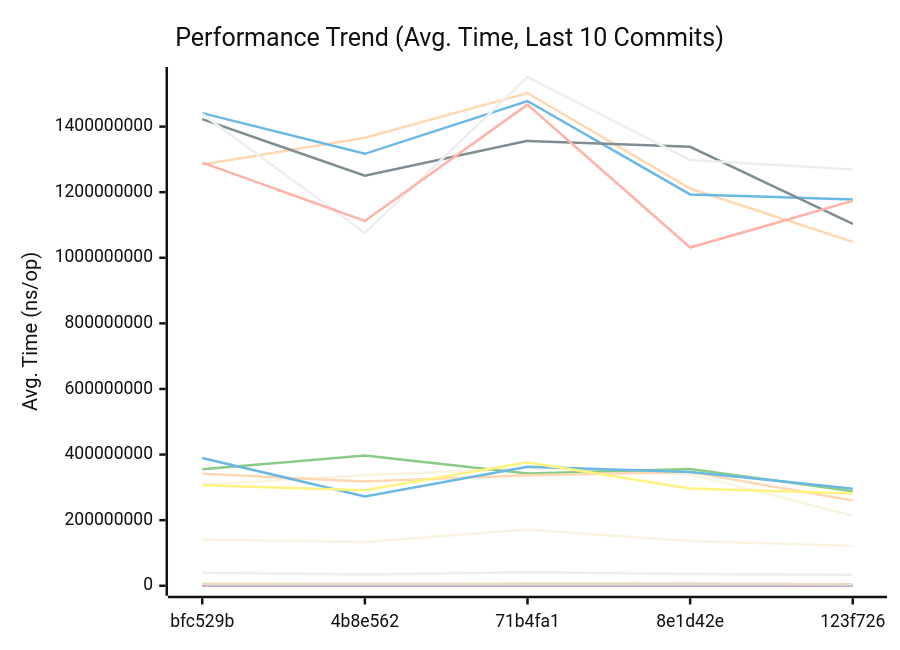
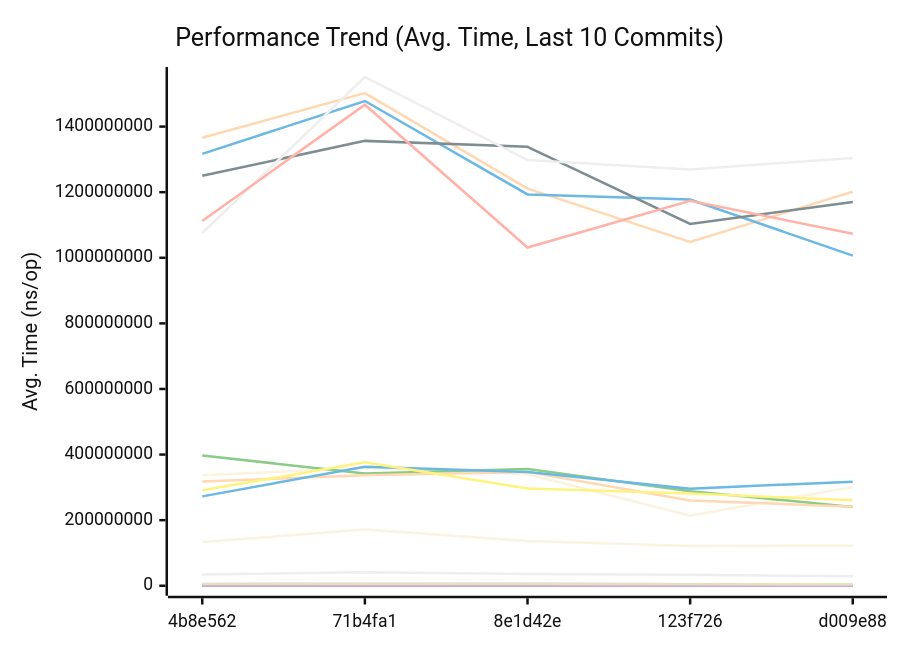
Before and after one commit to alsotoes/momo: the first of 3 diagrams in docs/PERFORMANCE.md, drawn with Mermaid (neutral theme). The commit also changed other lines of this file and 4 other files, not shown here.

````diff
--- a/docs/PERFORMANCE.md
+++ b/docs/PERFORMANCE.md
@@ -260,44 +260,44 @@
 ```mermaid
 xychart-beta
     title "Performance Trend (Avg. Time, Last 10 Commits)"
     x-axis "Commit"
     y-axis "Avg. Time (ns/op)"
-    x-axis [bfc529b,4b8e562,71b4fa1,8e1d42e,123f726]
-    line "AWSChunkedReaderSigned" [721946,582789,741042,596016,541759,554800,615254,528737,564386,758672]
-    line "AWSChunkedReaderUnsigned" [695362,580668,721611,624951,521049,581740,507516,587797,593238,672192]
-    line "CheckMetricsAndSwap" [14,9,14,13,11,12,11,10,13,15]
-    line "CrushOptimized" [532,484,492,487,522,363,426,455,372,348]
-    line "CrushOriginal" [715,641,734,697,658,647,700,629,670,500]
-    line "FormatListObjectsV2XML_AppendFormat" [1080271,993577,1117129,928365,977381,898486,862695,851540,926975,915187]
-    line "FormatListObjectsV2XML_OldFormat" [671030,530555,661534,521514,565611,503389,497195,517753,571332,678624]
-    line "HashBytes/1MiB" [3995457,4596495,5621676,4965423,4315588,3618889,5475294,4458201,5002278,3553145]
-    line "HashBytes/256MiB" [1284091050,1365990323,1502178110,1211052717,1048575116,1201286487,897333718,1207294588,1184745180,1044551719]
-    line "HashBytes/64MiB" [308162718,336895373,359262045,339981640,213869807,301162837,301221390,345018440,277796866,225326458]
-    line "HashFile/1MiB" [5430358,4960660,5725417,5039192,3960989,4760647,3647035,4734519,4310666,4389479]
-    line "HashFile/256MiB" [1441073207,1316970291,1477907273,1193078064,1177833636,1006415705,1110450496,1224080744,1231037862,1035601414]
-    line "HashFile/64MiB" [355303054,397283922,342325433,356293580,288277413,240359009,275852870,300686574,287252666,248823362]
-    line "IndexDirectTracking" [1,1,1,0,0,0,0,1,1,1]
-    line "IndexSearch" [3,2,3,2,2,2,2,2,2,3]
-    line "LastModifiedHeader_AppendFormat" [0,273,377,411,306,291,280,241,335,327]
-    line "LastModifiedHeader_Format" [0,359,474,418,381,345,360,407,375,540]
-    line "LoadGlobalConfig" [16787,14343,16534,15639,12955,12190,11396,14415,13002,10458]
-    line "LocalWrite/1MiB" [627788,515217,653242,620492,558337,524282,489792,546231,429345,817681]
-    line "LocalWrite/256MiB" [141240477,133129249,171131397,136595670,121311016,122106179,129421555,120328176,124110973,158044809]
-    line "LocalWrite/64MiB" [39561620,34587683,41271450,35901035,33613673,28590856,29289820,30438473,30969681,34833751]
-    line "PadString" [97,85,78,64,59,66,60,55,62,58]
+    x-axis [4b8e562,71b4fa1,8e1d42e,123f726,d009e88]
+    line "AWSChunkedReaderSigned" [582789,741042,596016,541759,554800,615254,528737,564386,758672,413086]
+    line "AWSChunkedReaderUnsigned" [580668,721611,624951,521049,581740,507516,587797,593238,672192,414070]
+    line "CheckMetricsAndSwap" [9,14,13,11,12,11,10,13,15,8]
+    line "CrushOptimized" [484,492,487,522,363,426,455,372,348,300]
+    line "CrushOriginal" [641,734,697,658,647,700,629,670,500,425]
+    line "FormatListObjectsV2XML_AppendFormat" [993577,1117129,928365,977381,898486,862695,851540,926975,915187,583023]
+    line "FormatListObjectsV2XML_OldFormat" [530555,661534,521514,565611,503389,497195,517753,571332,678624,365879]
+    line "HashBytes/1MiB" [4596495,5621676,4965423,4315588,3618889,5475294,4458201,5002278,3553145,3949669]
+    line "HashBytes/256MiB" [1365990323,1502178110,1211052717,1048575116,1201286487,897333718,1207294588,1184745180,1044551719,953557308]
+    line "HashBytes/64MiB" [336895373,359262045,339981640,213869807,301162837,301221390,345018440,277796866,225326458,239330627]
+    line "HashFile/1MiB" [4960660,5725417,5039192,3960989,4760647,3647035,4734519,4310666,4389479,3364281]
+    line "HashFile/256MiB" [1316970291,1477907273,1193078064,1177833636,1006415705,1110450496,1224080744,1231037862,1035601414,793044431]
+    line "HashFile/64MiB" [397283922,342325433,356293580,288277413,240359009,275852870,300686574,287252666,248823362,200009250]
+    line "IndexDirectTracking" [1,1,0,0,0,0,1,1,1,0]
+    line "IndexSearch" [2,3,2,2,2,2,2,2,3,2]
+    line "LastModifiedHeader_AppendFormat" [273,377,411,306,291,280,241,335,327,200]
+    line "LastModifiedHeader_Format" [359,474,418,381,345,360,407,375,540,279]
+    line "LoadGlobalConfig" [14343,16534,15639,12955,12190,11396,14415,13002,10458,9205]
+    line "LocalWrite/1MiB" [515217,653242,620492,558337,524282,489792,546231,429345,817681,719361]
+    line "LocalWrite/256MiB" [133129249,171131397,136595670,121311016,122106179,129421555,120328176,124110973,158044809,120298309]
+    line "LocalWrite/64MiB" [34587683,41271450,35901035,33613673,28590856,29289820,30438473,30969681,34833751,27951923]
+    line "PadString" [85,78,64,59,66,60,55,62,58,41]
     line "ParseReplicationOrder_NoPrealloc" [350,349,357,354,345,225,229,165,232,234]
     line "ParseReplicationOrder_Prealloc" [229,231,237,234,229,108,107,80,110,109]
-    line "Placement" [7421,7230,7696,7054,7086,6141,6119,7125,6310,5825]
-    line "PlacementDomainSpread" [8867,7769,8677,7666,6917,6176,5740,6962,6385,6405]
-    line "ReadVerify/1MiB" [5836051,3976066,5316396,4787467,3900770,3383659,5081549,5082713,4903321,6081724]
-    line "ReadVerify/256MiB" [1422892660,1249941171,1356438969,1338425672,1103105249,1170100253,1034709963,1126615995,955370931,1411104961]
-    line "ReadVerify/64MiB" [341875566,317667291,337069645,347180139,259882135,240879749,282446554,308997294,315121783,335838061]
-    line "S3PutSpool/1MiB" [6588614,5572982,6149011,5304842,5592080,5587762,4022819,5065293,4750326,6562486]
-    line "S3PutSpool/256MiB" [1438649885,1075603816,1551204244,1298058993,1269281522,1304442018,1243287804,1504779272,1226604254,1140637754]
-    line "S3PutSpool/64MiB" [389689212,272526470,362667390,347153910,296132654,317372640,355710496,276642924,271159852,378241377]
-    line "SanitizeLog/Safe" [388,301,419,341,309,277,263,246,286,286]
-    line "SanitizeLog/Unsafe" [1274,1021,1210,1000,1005,1021,917,915,1036,1495]
-    line "TrustedRead/1MiB" [5334409,5277115,5559663,5638483,4655498,3708543,3570428,4694929,4495398,3669866]
-    line "TrustedRead/256MiB" [1290238092,1112381854,1466748131,1031346576,1173571296,1073394044,932638111,1071768789,1012880474,1648511504]
-    line "TrustedRead/64MiB" [306360304,291068280,376225072,296255358,281349472,260468873,247394092,261716002,251602823,338500502]
+    line "Placement" [7230,7696,7054,7086,6141,6119,7125,6310,5825,4876]
+    line "PlacementDomainSpread" [7769,8677,7666,6917,6176,5740,6962,6385,6405,5139]
+    line "ReadVerify/1MiB" [3976066,5316396,4787467,3900770,3383659,5081549,5082713,4903321,6081724,3136229]
+    line "ReadVerify/256MiB" [1249941171,1356438969,1338425672,1103105249,1170100253,1034709963,1126615995,955370931,1411104961,1000738329]
+    line "ReadVerify/64MiB" [317667291,337069645,347180139,259882135,240879749,282446554,308997294,315121783,335838061,214326196]
+    line "S3PutSpool/1MiB" [5572982,6149011,5304842,5592080,5587762,4022819,5065293,4750326,6562486,3791252]
+    line "S3PutSpool/256MiB" [1075603816,1551204244,1298058993,1269281522,1304442018,1243287804,1504779272,1226604254,1140637754,1085496919]
+    line "S3PutSpool/64MiB" [272526470,362667390,347153910,296132654,317372640,355710496,276642924,271159852,378241377,245496530]
+    line "SanitizeLog/Safe" [301,419,341,309,277,263,246,286,286,227]
+    line "SanitizeLog/Unsafe" [1021,1210,1000,1005,1021,917,915,1036,1495,681]
+    line "TrustedRead/1MiB" [5277115,5559663,5638483,4655498,3708543,3570428,4694929,4495398,3669866,3527534]
+    line "TrustedRead/256MiB" [1112381854,1466748131,1031346576,1173571296,1073394044,932638111,1071768789,1012880474,1648511504,887056660]
+    line "TrustedRead/64MiB" [291068280,376225072,296255358,281349472,260468873,247394092,261716002,251602823,338500502,217741152]
 ```
````
